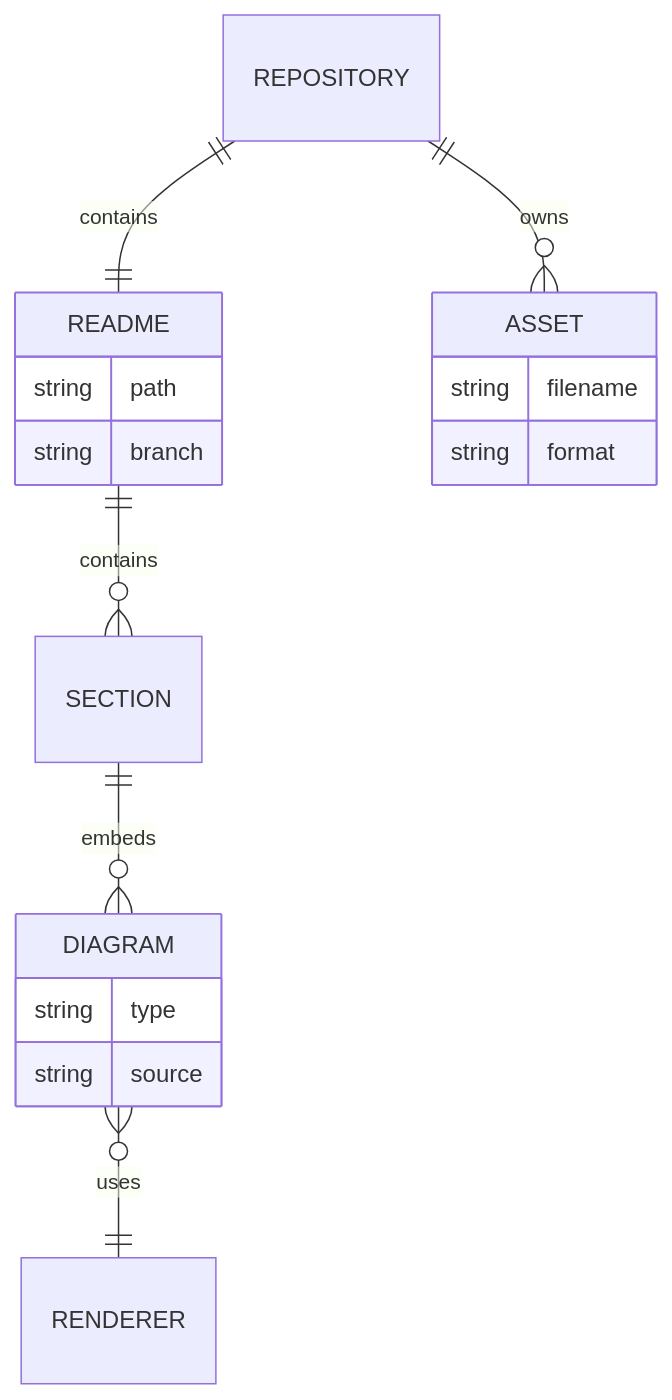
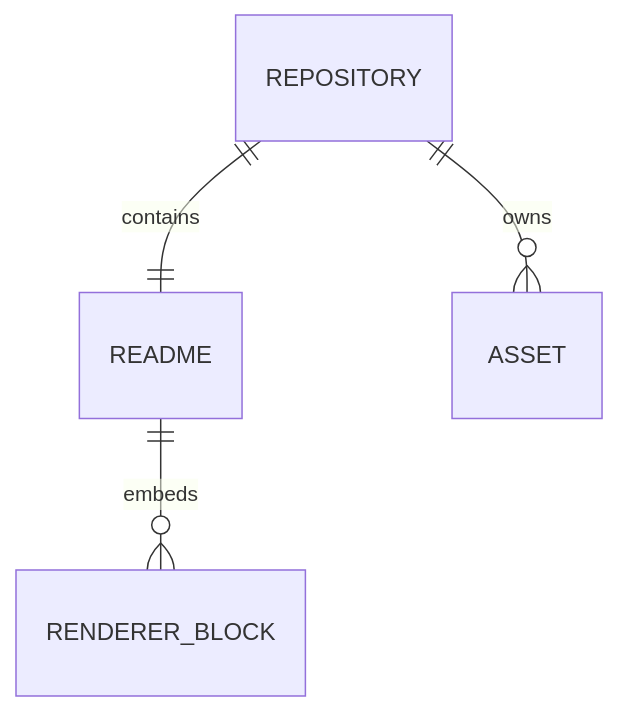
The sixth of 16 diagrams in README.md (thiepn/markdown), drawn with Mermaid before and after one commit. The commit also changed other lines of this file, not shown here.

````diff
--- a/README.md
+++ b/README.md
@@ -982,21 +810,6 @@
 ```mermaid
 erDiagram
     REPOSITORY ||--|| README : contains
     REPOSITORY ||--o{ ASSET : owns
-    README ||--o{ SECTION : contains
-    SECTION ||--o{ DIAGRAM : embeds
-    DIAGRAM }o--|| RENDERER : uses
-
-    README {
-        string path
-        string branch
-    }
-    DIAGRAM {
-        string type
-        string source
-    }
-    ASSET {
-        string filename
-        string format
-    }
+    README ||--o{ RENDERER_BLOCK : embeds
 ```
````
